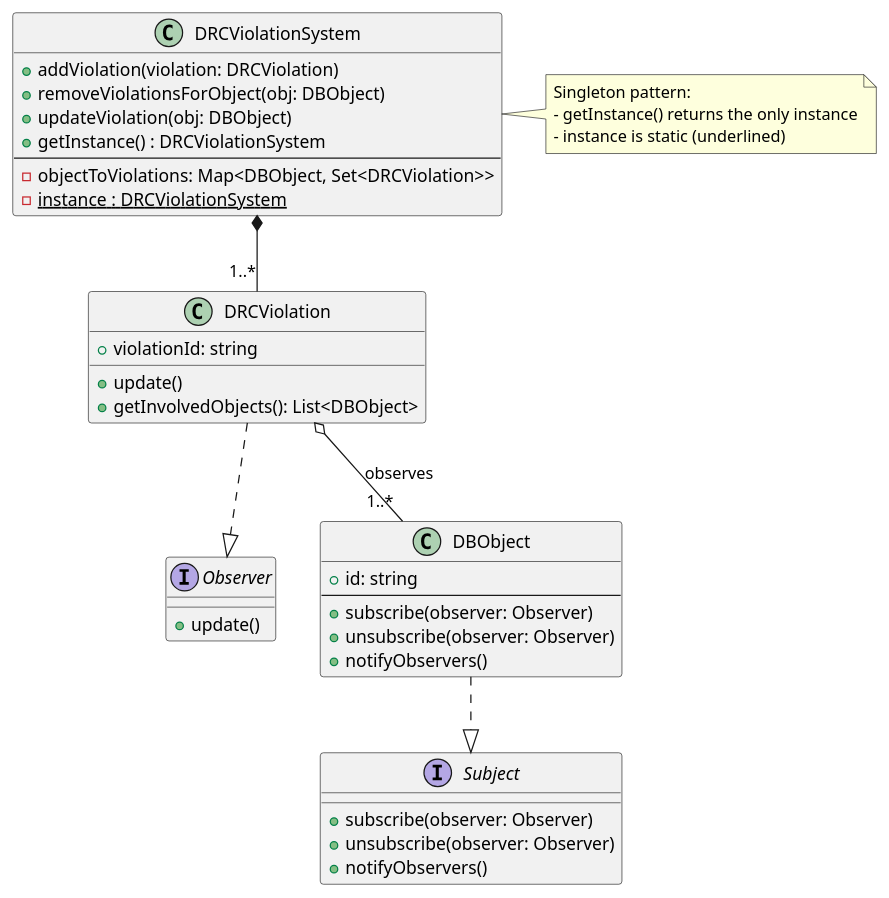
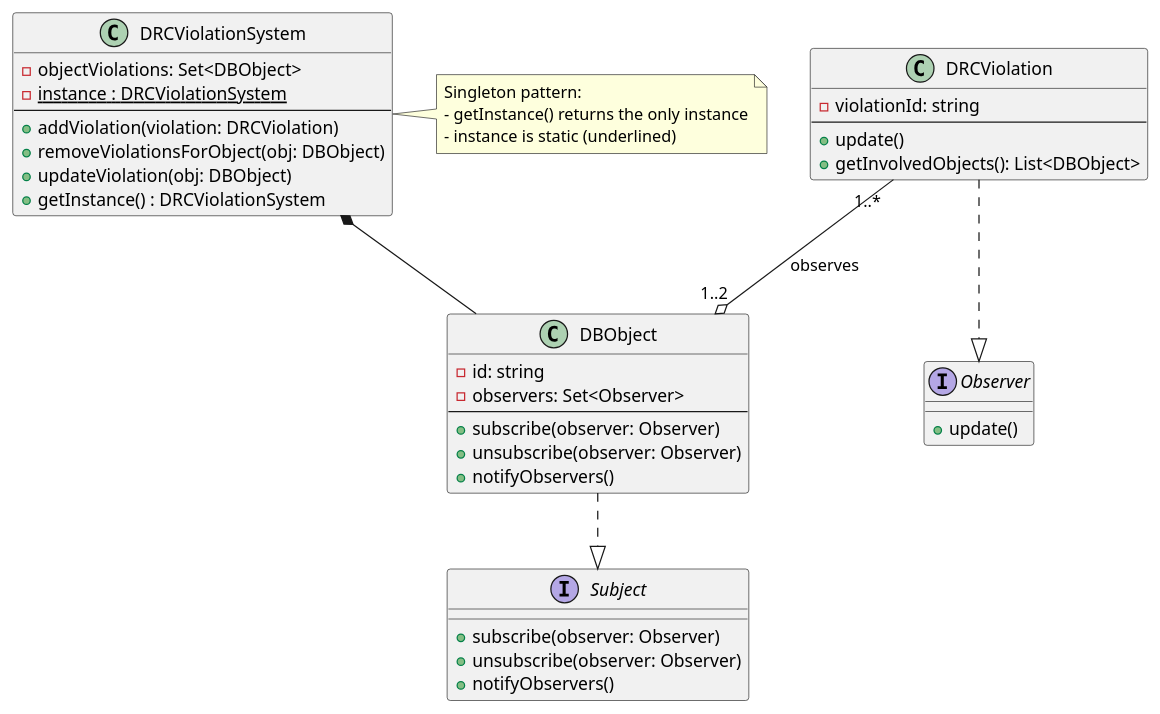
One commit to detective-sokka/DRCViolationSystem changed the diagram in design/design.plantuml. Above: the diagram before and after it, drawn with PlantUML. The commit also changed 1 other file, not shown here.

Commit message:
Correct design to ensure DRCViolationSystem contains only DBObjects..
* Correct the visibility of data members.

```diff
--- a/design/design.plantuml
+++ b/design/design.plantuml
@@ -1,49 +1,51 @@
 @startuml
 ' Interfaces
 interface Observer {
     +update()
 }
 
 interface Subject {
     +subscribe(observer: Observer)
     +unsubscribe(observer: Observer)
     +notifyObservers()
 }
 
 ' Core domain classes
 class DBObject {
-    +id: string
+    -id: string    
+    -observers: Set<Observer>   
     --
     +subscribe(observer: Observer)
     +unsubscribe(observer: Observer)
     +notifyObservers()
 }
 
-class DRCViolation {
-    +violationId: string
+class DRCViolation {    
+    -violationId: string
+    --
     +update()
     +getInvolvedObjects(): List<DBObject>
 }
 
 class DRCViolationSystem {
+    -objectViolations: Set<DBObject>
+    -<u>instance : DRCViolationSystem</u>
+    --
     +addViolation(violation: DRCViolation)
     +removeViolationsForObject(obj: DBObject)
     +updateViolation(obj: DBObject)
-    +getInstance() : DRCViolationSystem
-    --
-    -objectToViolations: Map<DBObject, Set<DRCViolation>>
-    -<u>instance : DRCViolationSystem</u>
+    +getInstance() : DRCViolationSystem    
 }
 
 DBObject ..|> Subject
 DRCViolation ..|> Observer
-DRCViolation o-- "1..*" DBObject : observes
+DRCViolation "1..*" --o "1..2" DBObject : observes
 
 ' Composition and Singleton
-DRCViolationSystem *-- "1..*" DRCViolation
+DRCViolationSystem *-- DBObject
 note right of DRCViolationSystem
   Singleton pattern:
   - getInstance() returns the only instance
   - instance is static (underlined)
 end note
 @enduml
```
